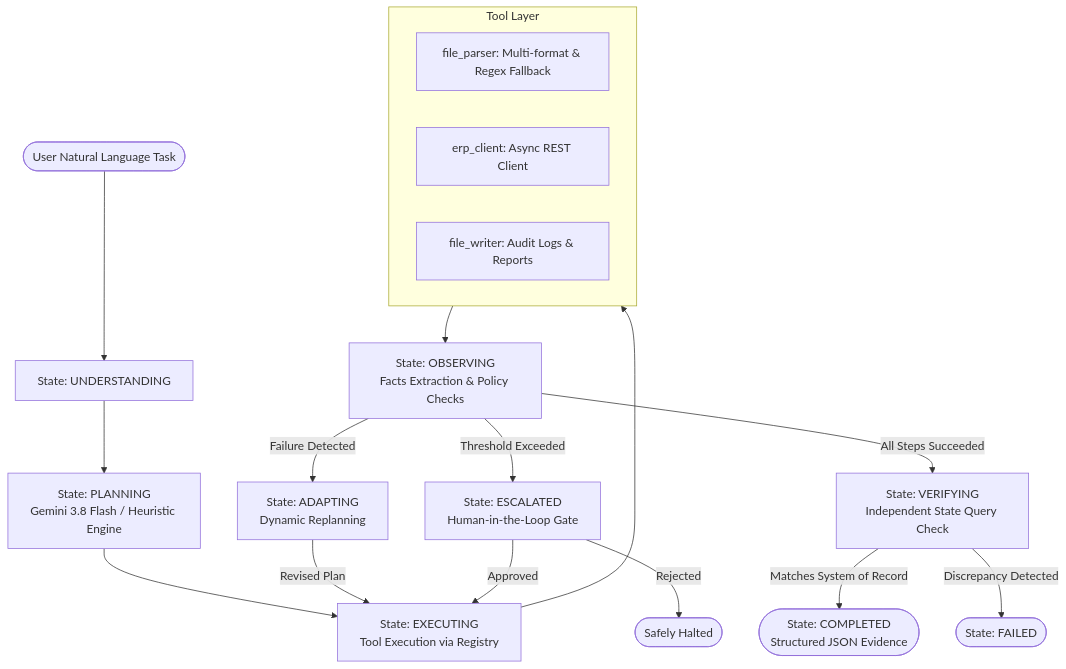
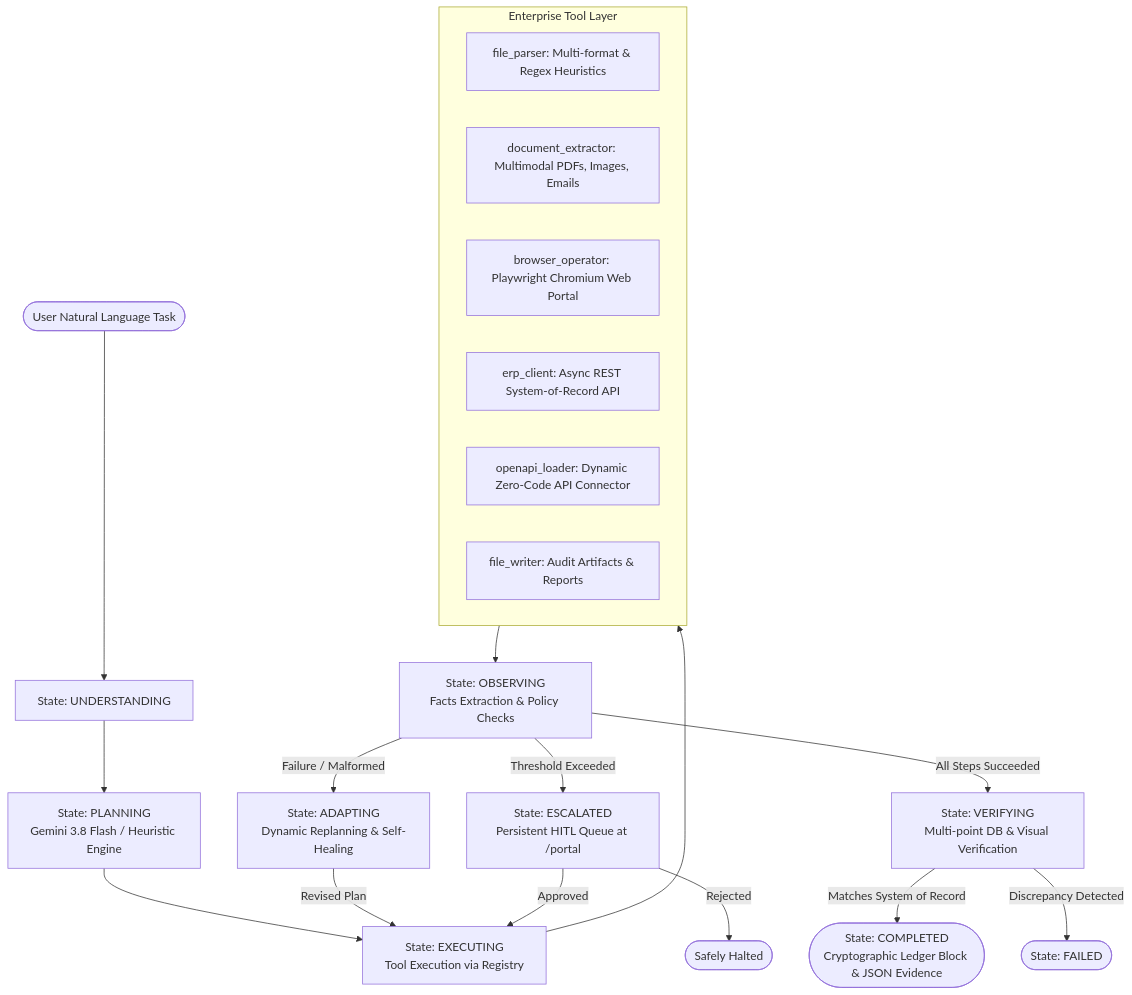
The diagram in README.md (Rishitgoel/CenterAlignAi), drawn with Mermaid before and after one commit. The commit also changed other lines of this file and 11 other files, not shown here.

Commit message:
feat(phase-5): implement cryptographic audit ledger, credential vault, durable worker, benchmarks, and containerization

````diff
--- a/README.md
+++ b/README.md
@@ -31,28 +34,31 @@
 ```mermaid
 flowchart TD
     User([User Natural Language Task]) --> Understand[State: UNDERSTANDING]
     Understand --> Plan[State: PLANNING<br/>Gemini 3.8 Flash / Heuristic Engine]
     
     Plan --> Execute[State: EXECUTING<br/>Tool Execution via Registry]
     
-    subgraph Tools [Tool Layer]
-        T1[file_parser: Multi-format & Regex Fallback]
-        T2[erp_client: Async REST Client]
-        T3[file_writer: Audit Logs & Reports]
+    subgraph Tools [Enterprise Tool Layer]
+        T1[file_parser: Multi-format & Regex Heuristics]
+        T2[document_extractor: Multimodal PDFs, Images, Emails]
+        T3[browser_operator: Playwright Chromium Web Portal]
+        T4[erp_client: Async REST System-of-Record API]
+        T5[openapi_loader: Dynamic Zero-Code API Connector]
+        T6[file_writer: Audit Artifacts & Reports]
     end
     
     Execute --> Tools
     Tools --> Observe[State: OBSERVING<br/>Facts Extraction & Policy Checks]
     
-    Observe -->|Failure Detected| Adapt[State: ADAPTING<br/>Dynamic Replanning]
+    Observe -->|Failure / Malformed| Adapt[State: ADAPTING<br/>Dynamic Replanning & Self-Healing]
     Adapt -->|Revised Plan| Execute
     
-    Observe -->|Threshold Exceeded| Escalate[State: ESCALATED<br/>Human-in-the-Loop Gate]
+    Observe -->|Threshold Exceeded| Escalate[State: ESCALATED<br/>Persistent HITL Queue at /portal]
     Escalate -->|Approved| Execute
     Escalate -->|Rejected| Terminate([Safely Halted])
     
-    Observe -->|All Steps Succeeded| Verify[State: VERIFYING<br/>Independent State Query Check]
+    Observe -->|All Steps Succeeded| Verify[State: VERIFYING<br/>Multi-point DB & Visual Verification]
     
-    Verify -->|Matches System of Record| Completed([State: COMPLETED<br/>Structured JSON Evidence])
+    Verify -->|Matches System of Record| Completed([State: COMPLETED<br/>Cryptographic Ledger Block & JSON Evidence])
     Verify -->|Discrepancy Detected| Failed([State: FAILED])
 ```
````
